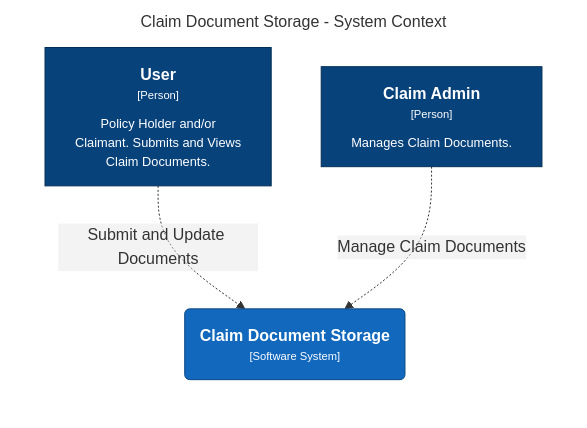
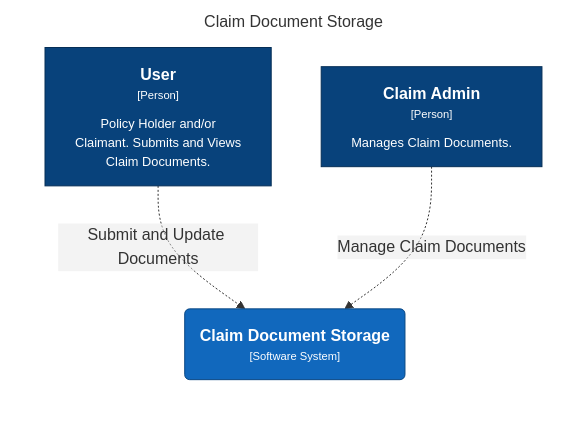
The first of 9 diagrams in workspace.md (hubignite/testrepo), drawn with Mermaid before and after one commit. The commit also changed other lines of this file and 1 other file, not shown here.

````diff
--- a/workspace.md
+++ b/workspace.md
@@ -4,18 +4,18 @@
 ```mermaid
 graph LR
   linkStyle default fill:#ffffff stroke:0
 
-  subgraph diagram ["Claim Document Storage - System Context"]
+  subgraph diagram ["Claim Document Storage"]
     style diagram fill:#ffffff,stroke:#ffffff
 
     1["<div style='font-weight: bold'>User</div><div style='font-size: 70%; margin-top: 0px'>[Person]</div><div style='font-size: 80%; margin-top:10px'>Policy Holder and/or<br />Claimant. Submits and Views<br />Claim Documents.</div>"]
     style 1 fill:#08427b,stroke:#052e56,color:#ffffff
     2["<div style='font-weight: bold'>Claim Admin</div><div style='font-size: 70%; margin-top: 0px'>[Person]</div><div style='font-size: 80%; margin-top:10px'>Manages Claim Documents.</div>"]
     style 2 fill:#08427b,stroke:#052e56,color:#ffffff
     3("<div style='font-weight: bold'>Claim Document Storage</div><div style='font-size: 70%; margin-top: 0px'>[Software System]</div>")
     style 3 fill:#1168bd,stroke:#0b4884,color:#ffffff
 
     1-. "<div>Submit and Update Documents</div><div style='font-size: 70%'></div>" .->3
     2-. "<div>Manage Claim Documents</div><div style='font-size: 70%'></div>" .->3
   end
 ```
````
